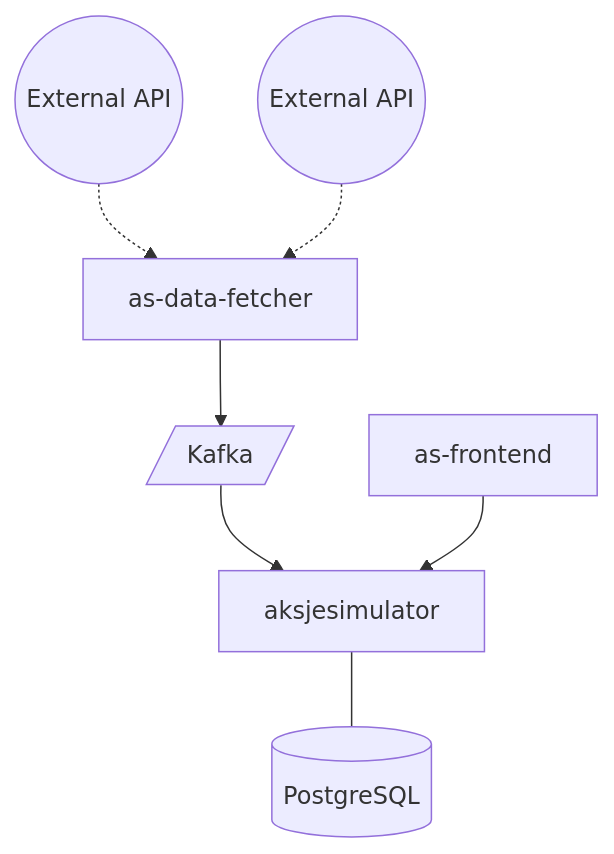
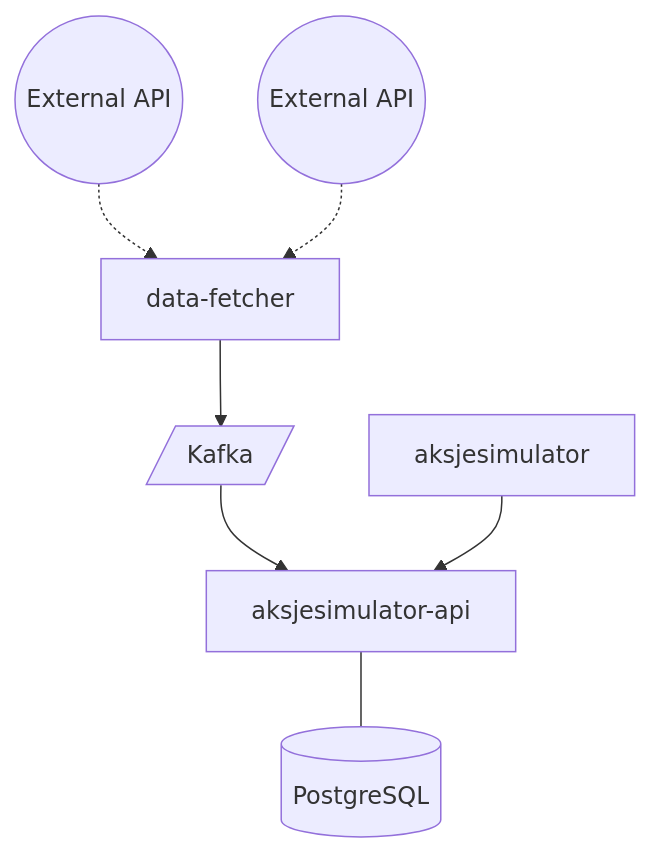
Before and after one commit to oleskrede/aksjesimulator: the diagram in docs/mermaid/overview.mmd, drawn with Mermaid. The commit also changed 2 other files, not shown here.

Commit message:
oppdatert arkitekturdiagram

```diff
--- a/docs/mermaid/overview.mmd
+++ b/docs/mermaid/overview.mmd
@@ -1,9 +1,9 @@
 graph TD
     
-    external_api1((External API)) -.-> data_fetcher[as-data-fetcher]
+    external_api1((External API)) -.-> data_fetcher[data-fetcher]
     external_api2((External API)) -.-> data_fetcher
   
     data_fetcher --> kafka[/Kafka/]
-    kafka --> aksjesimulator
-    aksjesimulator --- db[(PostgreSQL)]
-    as-frontend --> aksjesimulator
+    kafka --> aksjesimulator-api
+    aksjesimulator-api --- db[(PostgreSQL)]
+    aksjesimulator --> aksjesimulator-api
```
